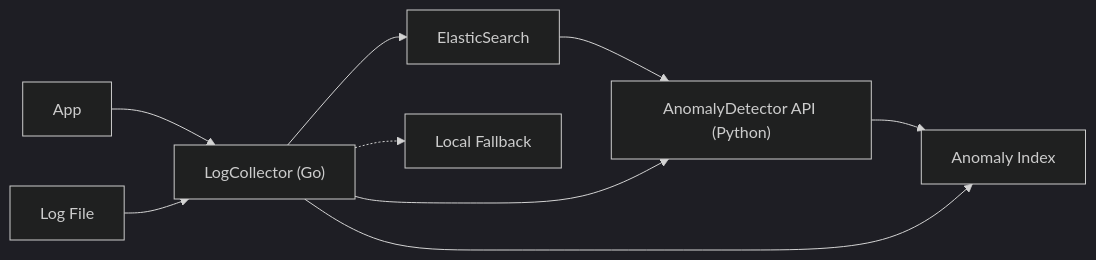
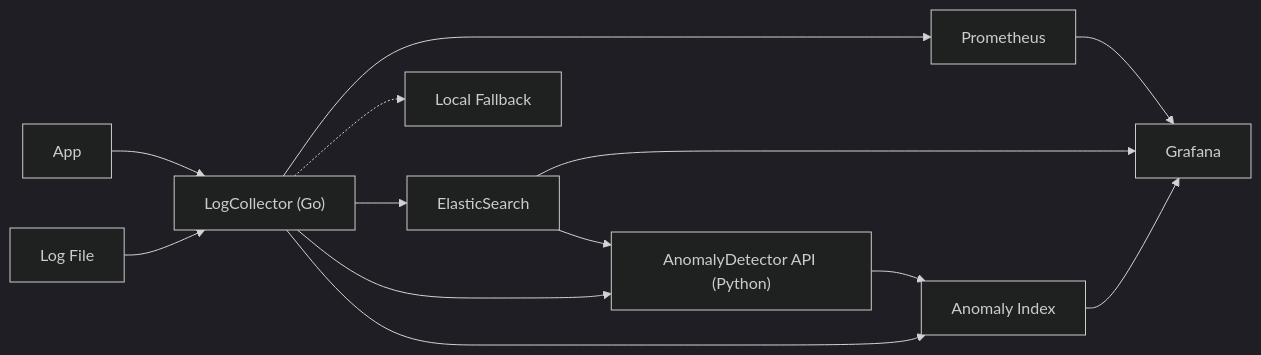
One commit to lorenaziviani/log_sentinel changed the diagram in README.md. Above: the diagram before and after it, drawn with Mermaid (dark theme). The commit also changed other lines of this file and 3 other files, not shown here.

First line of the commit message:
feat(observability): add Prometheus metrics and Grafana dashboards

````diff
--- a/README.md
+++ b/README.md
@@ -19,11 +20,15 @@
 ```mermaid
 flowchart LR
     A["App"] --> B["LogCollector (Go)"]
     F["Log File"] --> B
     B --> C["ElasticSearch"]
     B -.-> D["Local Fallback"]
     C --> E["AnomalyDetector API (Python)"]
     B --> E
     E --> G["Anomaly Index"]
     B --> G
+    B --> H["Prometheus"]
+    H --> I["Grafana"]
+    C --> I
+    G --> I
 ```
````
